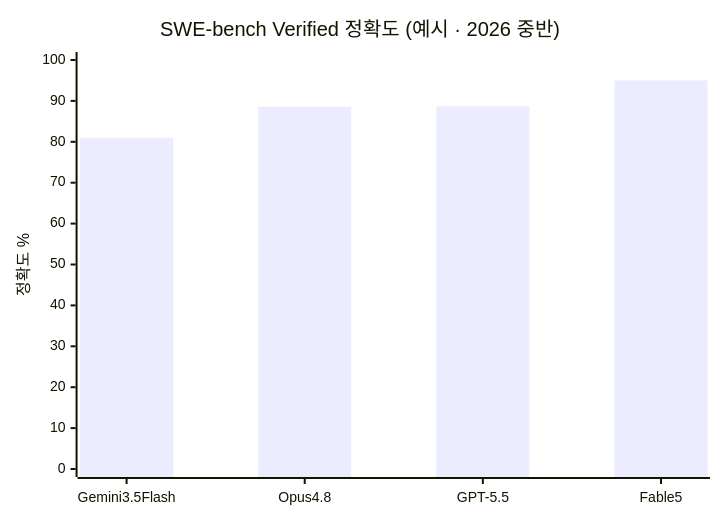
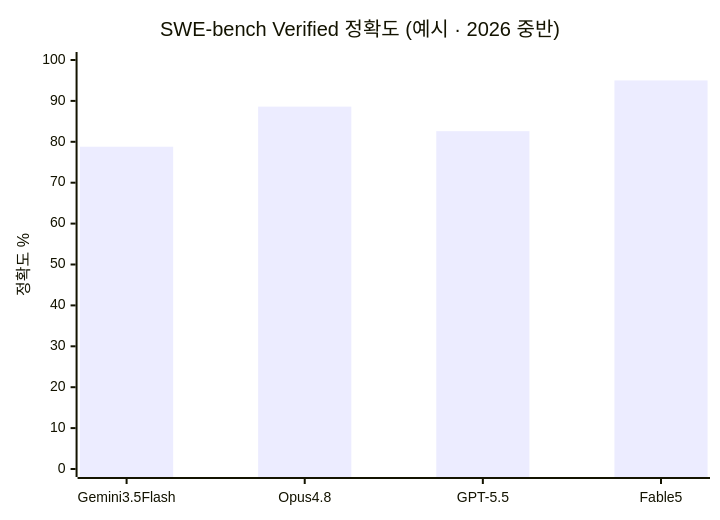
The second of 6 diagrams in books/md/Chapter 1. Kick-off & Agent 패러다임.md (Yo-sure/deepagents-handson), drawn with Mermaid before and after one commit. The commit also changed other lines of this file, not shown here.

````diff
--- a/books/md/Chapter 1. Kick-off & Agent 패러다임.md
+++ b/books/md/Chapter 1. Kick-off & Agent 패러다임.md
@@ -115,7 +115,7 @@
 ```mermaid
 xychart-beta
     title "SWE-bench Verified 정확도 (예시 · 2026 중반)"
     x-axis ["Gemini3.5Flash", "Opus4.8", "GPT-5.5", "Fable5"]
     y-axis "정확도 %" 0 --> 100
-    bar [81, 88.6, 88.7, 95]
+    bar [78.8, 88.6, 82.6, 95]
 ```
````
